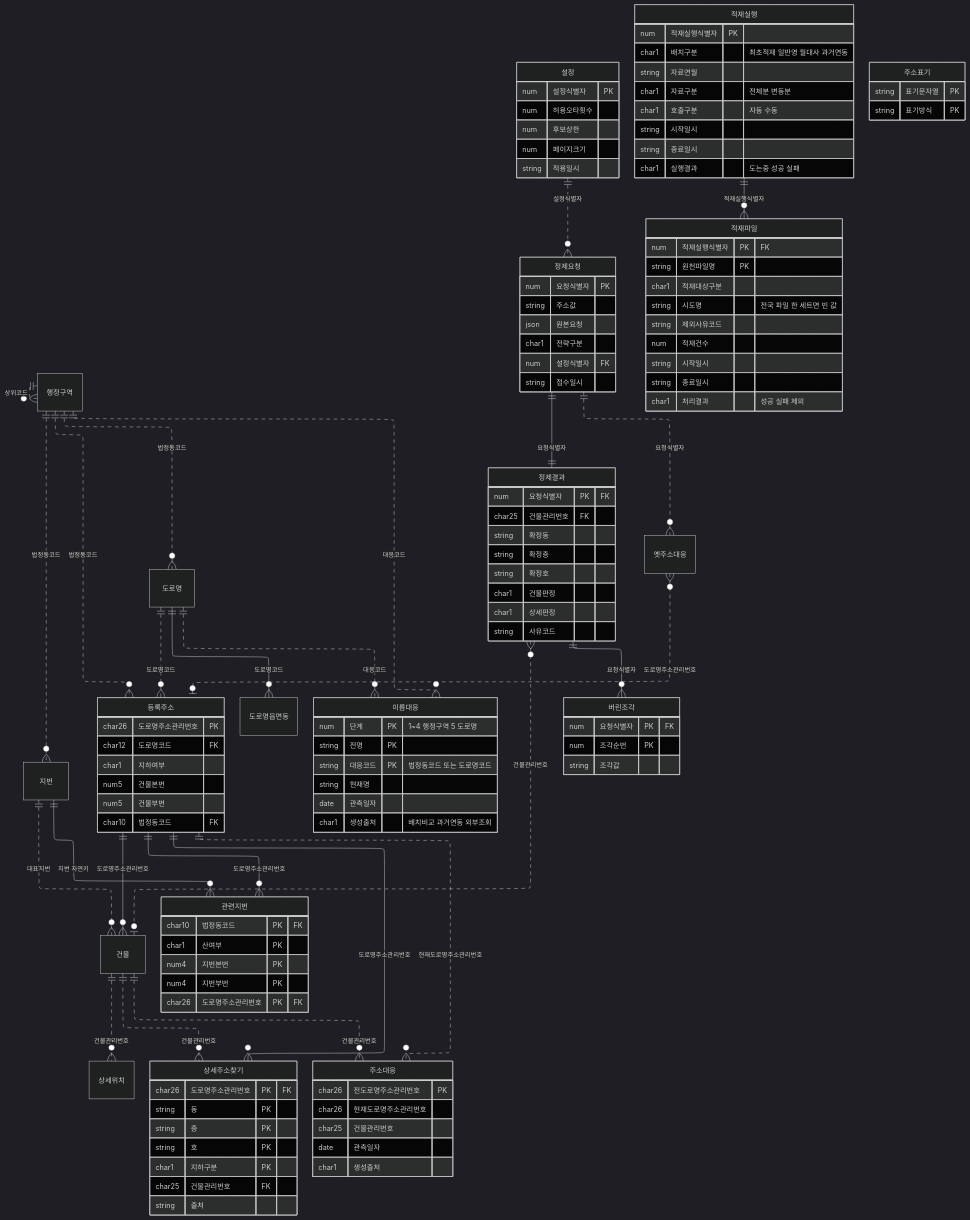
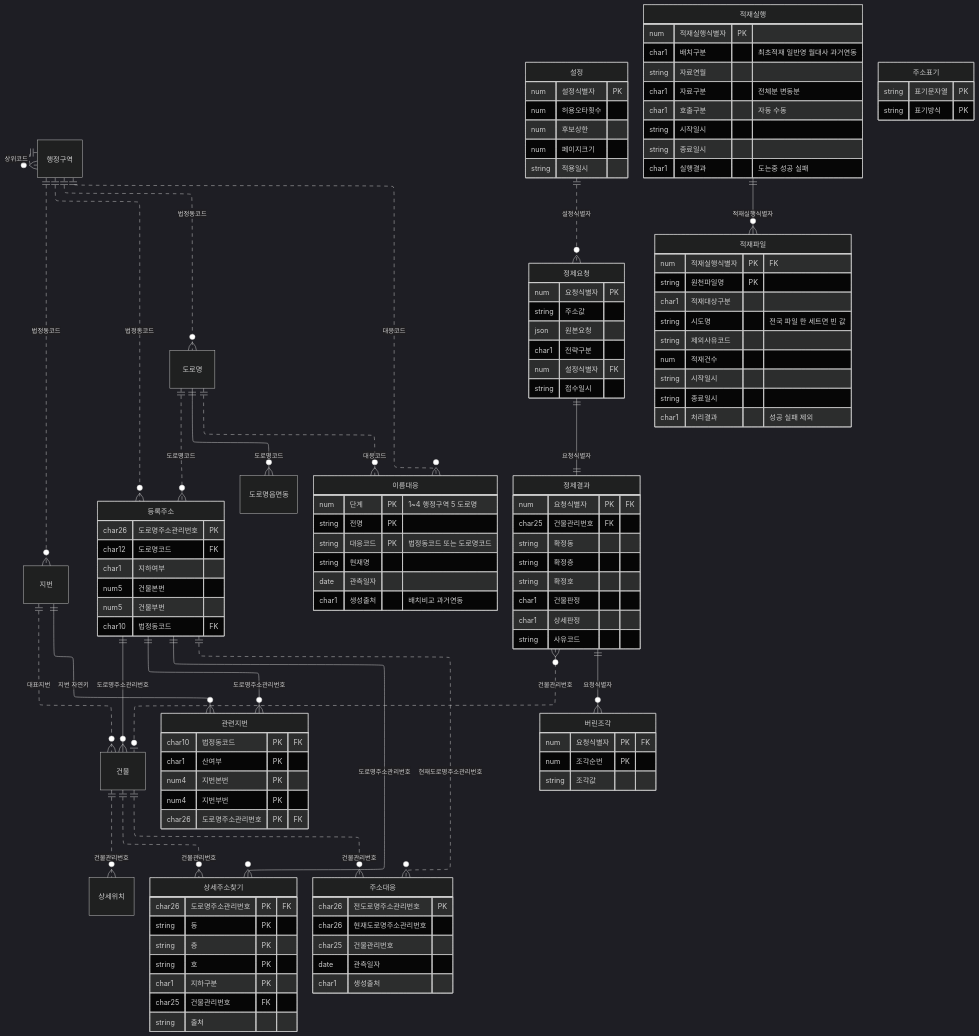
The second of 3 diagrams in design/02-data-model.md (buss-sooin/address-refine-diagnostics), drawn with Mermaid (dark theme) before and after one commit. The commit also changed other lines of this file and 15 other files, not shown here.

```diff
--- a/design/02-data-model.md
+++ b/design/02-data-model.md
@@ -501,8 +490,6 @@
     정제요청   ||--|| 정제결과     : "요청식별자"
     정제결과   ||--o{ 버린조각     : "요청식별자"
     정제결과   }o..o| 건물         : "건물관리번호"
-    정제요청   ||..o{ 옛주소대응   : "요청식별자"
-    옛주소대응 }o..o| 등록주소     : "도로명주소관리번호"
 
     적재실행   ||--o{ 적재파일     : "적재실행식별자"
 
@@ -536,7 +523,7 @@
         string 대응코드 PK "법정동코드 또는 도로명코드"
         string 현재명
         date   관측일자
-        char1  생성출처 "배치비교 과거연동 외부조회"
+        char1  생성출처 "배치비교 과거연동"
     }
     주소대응 {
         char26 전도로명주소관리번호 PK
```
